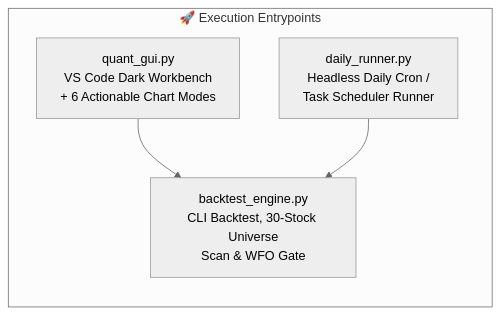
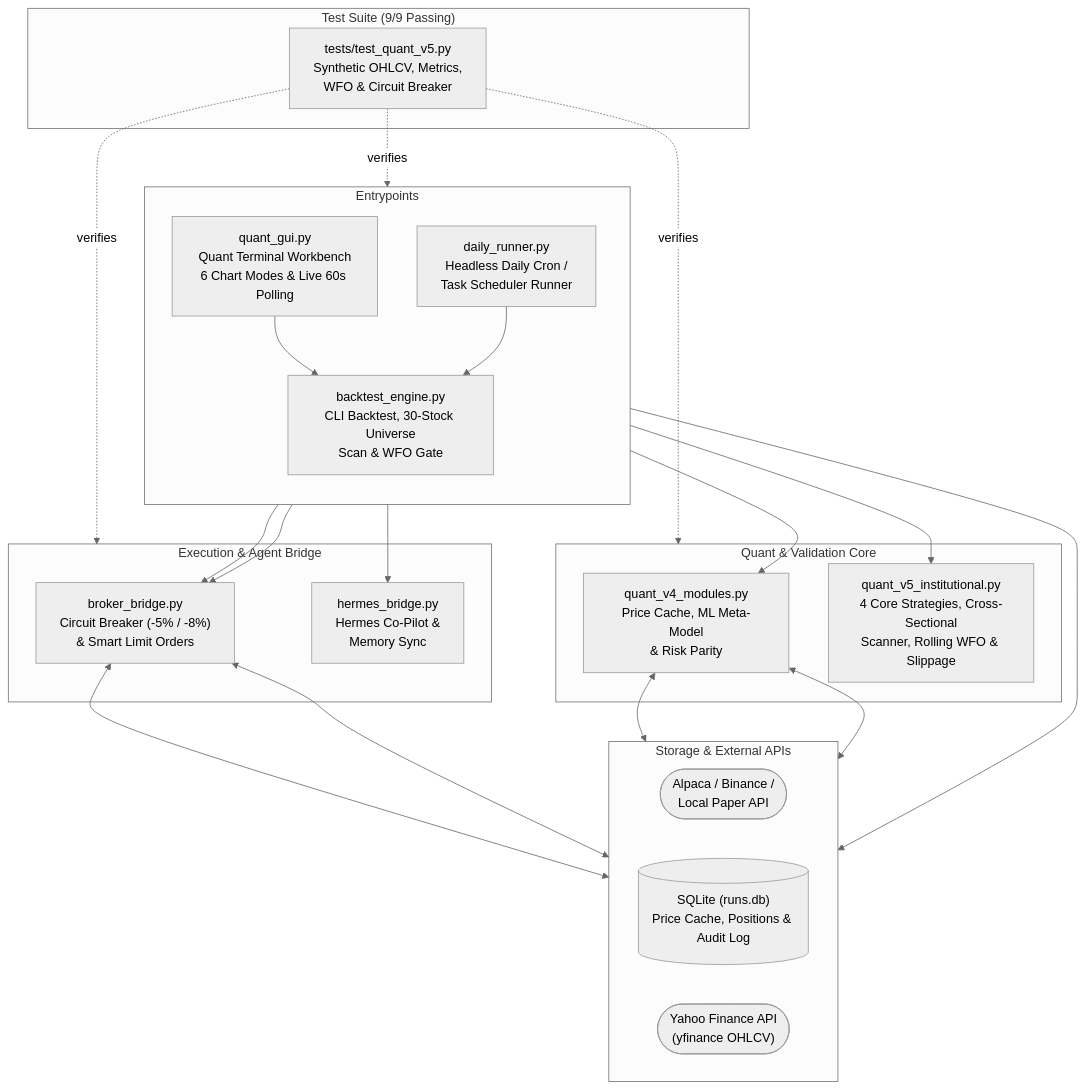
One commit to daniel01-bit/mini-project-quant changed the diagram in README.md. Above: the diagram before and after it, drawn with Mermaid (neutral theme).

Commit message:
docs: refine architecture flowchart in README

````diff
--- a/README.md
+++ b/README.md
@@ -13,11 +13,51 @@
 ```mermaid
 flowchart TD
-    subgraph Entry["🚀 Execution Entrypoints"]
+    subgraph Entry["Entrypoints"]
         direction TB
-        GUI["quant_gui.py<br/>VS Code Dark Workbench<br/>+ 6 Actionable Chart Modes"]
+        GUI["quant_gui.py<br/>Quant Terminal Workbench<br/>6 Chart Modes & Live 60s Polling"]
         CRON["daily_runner.py<br/>Headless Daily Cron /<br/>Task Scheduler Runner"]
         BE["backtest_engine.py<br/>CLI Backtest, 30-Stock Universe<br/>Scan & WFO Gate"]
         GUI --> BE
         CRON --> BE
     end
+
+    subgraph Core["Quant & Validation Core"]
+        QV4["quant_v4_modules.py<br/>Price Cache, ML Meta-Model<br/>& Risk Parity"]
+        QV5["quant_v5_institutional.py<br/>4 Core Strategies, Cross-Sectional<br/>Scanner, Rolling WFO & Slippage"]
+    end
+
+    subgraph Bridge["Execution & Agent Bridge"]
+        BROKER["broker_bridge.py<br/>Circuit Breaker (-5% / -8%)<br/>& Smart Limit Orders"]
+        HERMES["hermes_bridge.py<br/>Hermes Co-Pilot &<br/>Memory Sync"]
+    end
+
+    subgraph Data["Storage & External APIs"]
+        direction LR
+        EXT_BROKER(["Alpaca / Binance /<br/>Local Paper API"])
+        DB[("SQLite (runs.db)<br/>Price Cache, Positions & Audit Log")]
+        YF(["Yahoo Finance API<br/>(yfinance OHLCV)"])
+    end
+
+    subgraph QA["Test Suite (9/9 Passing)"]
+        TEST["tests/test_quant_v5.py<br/>Synthetic OHLCV, Metrics,<br/>WFO & Circuit Breaker"]
+    end
+
+    %% Execution & Signal Flow
+    GUI --> BROKER
+    GUI --> HERMES
+    CRON --> BROKER
+    BE --> QV4
+    BE --> QV5
+
+    %% Data & External Services
+    BROKER <--> EXT_BROKER
+    BROKER <--> DB
+    BE --> DB
+    QV4 <--> DB
+    QV4 <--> YF
+
+    %% Automated Test Verification
+    TEST -. "verifies" .-> BE
+    TEST -. "verifies" .-> Core
+    TEST -. "verifies" .-> Bridge
 ```
````
